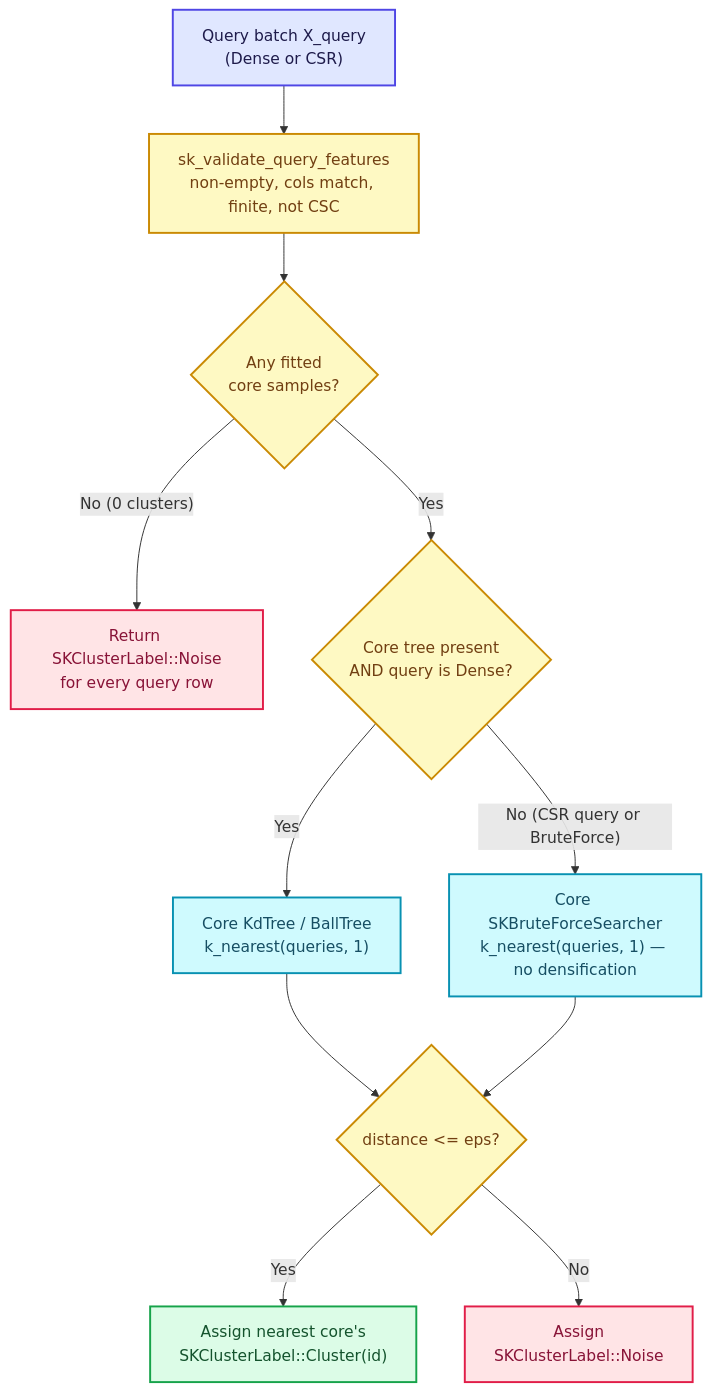
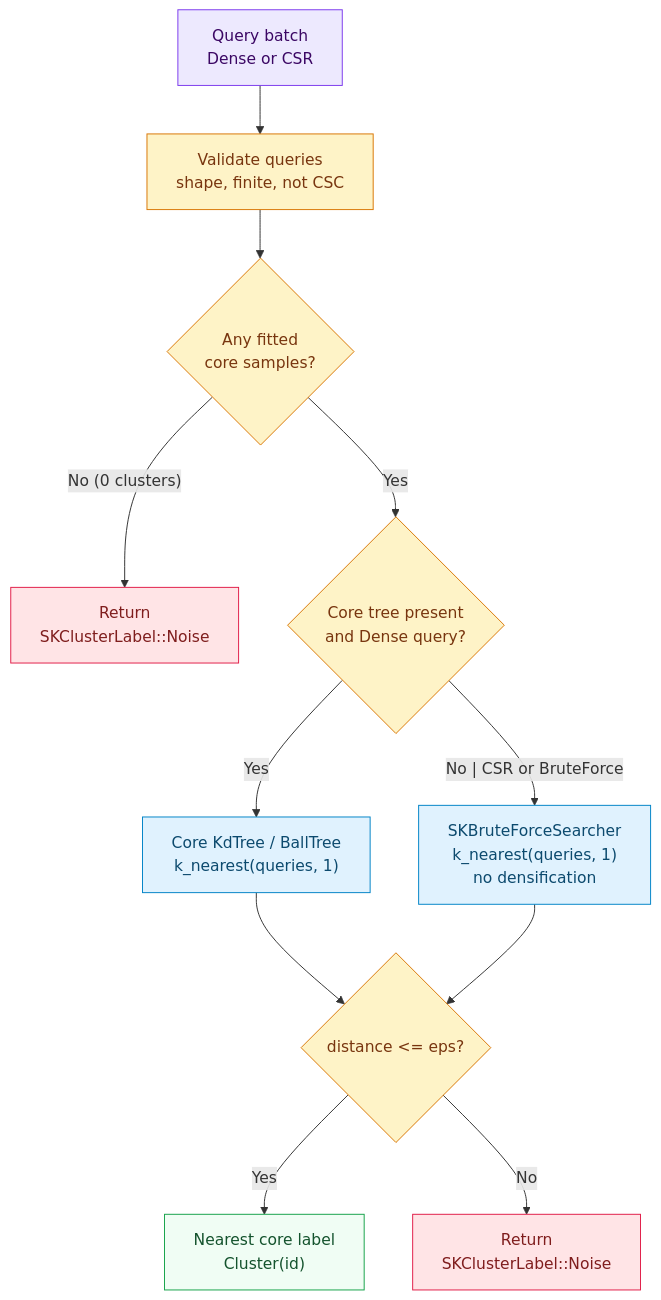
Before and after one commit to neurono-ml/sciencekit: the second of 2 diagrams in docs/src/development-explained/ch42-dbscan.md, drawn with Mermaid. The commit also changed other lines of this file and 1 other file, not shown here.

Commit message:
docs(dbscan): align mermaid theme palette and algorithms status pill

````diff
--- a/docs/src/development-explained/ch42-dbscan.md
+++ b/docs/src/development-explained/ch42-dbscan.md
@@ -154,26 +154,26 @@
 ```mermaid
 flowchart TD
     accTitle: SKDBSCANModel nearest-core assignment pipeline
     accDescr: A query batch enters predict_clusters, passes shape, finiteness and CSR/dense validation, handles an all-noise model by returning Noise, dispatches dense queries on a tree model to k_nearest(1) on the core tree and sparse or brute-force queries to SKBruteForceSearcher over core samples, then compares the nearest core distance against eps to emit Cluster(id) or SKClusterLabel::Noise.
-    Q["Query batch X_query<br/>(Dense or CSR)"] --> V["sk_validate_query_features<br/>non-empty, cols match, finite, not CSC"]
+    Q["Query batch<br/>Dense or CSR"] --> V["Validate queries<br/>shape, finite, not CSC"]
     V --> E{"Any fitted<br/>core samples?"}
-    E -->|"No (0 clusters)"| ALLN["Return SKClusterLabel::Noise<br/>for every query row"]
-    E -->|"Yes"| D{"Core tree present<br/>AND query is Dense?"}
+    E -->|"No (0 clusters)"| ALLN["Return<br/>SKClusterLabel::Noise"]
+    E -->|"Yes"| D{"Core tree present<br/>and Dense query?"}
     D -->|"Yes"| T["Core KdTree / BallTree<br/>k_nearest(queries, 1)"]
-    D -->|"No (CSR query or BruteForce)"| BF["Core SKBruteForceSearcher<br/>k_nearest(queries, 1) — no densification"]
+    D -->|"No | CSR or BruteForce"| BF["SKBruteForceSearcher<br/>k_nearest(queries, 1)<br/>no densification"]
     T --> CMP{"distance <= eps?"}
     BF --> CMP
-    CMP -->|"Yes"| CL["Assign nearest core's<br/>SKClusterLabel::Cluster(id)"]
-    CMP -->|"No"| NS["Assign<br/>SKClusterLabel::Noise"]
+    CMP -->|"Yes"| CL["Nearest core label<br/>Cluster(id)"]
+    CMP -->|"No"| NS["Return<br/>SKClusterLabel::Noise"]
 
-    classDef input fill:#e0e7ff,stroke:#4f46e5,stroke-width:2px,color:#1e1b4b
-    classDef guard fill:#fef9c3,stroke:#ca8a04,stroke-width:2px,color:#713f12
-    classDef index fill:#cffafe,stroke:#0891b2,stroke-width:2px,color:#164e63
-    classDef outCluster fill:#dcfce7,stroke:#16a34a,stroke-width:2px,color:#14532d
-    classDef outNoise fill:#ffe4e6,stroke:#e11d48,stroke-width:2px,color:#881337
+    classDef input fill:#ede9fe,stroke:#7c3aed,color:#3b0764
+    classDef guard fill:#fef3c7,stroke:#d97706,color:#78350f
+    classDef index fill:#e0f2fe,stroke:#0284c7,color:#0c4a6e
+    classDef outCluster fill:#f0fdf4,stroke:#16a34a,color:#14532d
+    classDef outNoise fill:#ffe4e6,stroke:#e11d48,color:#7f1d1d
     class Q input
     class V,E,D,CMP guard
     class T,BF index
     class CL outCluster
     class ALLN,NS outNoise
 ```
````
